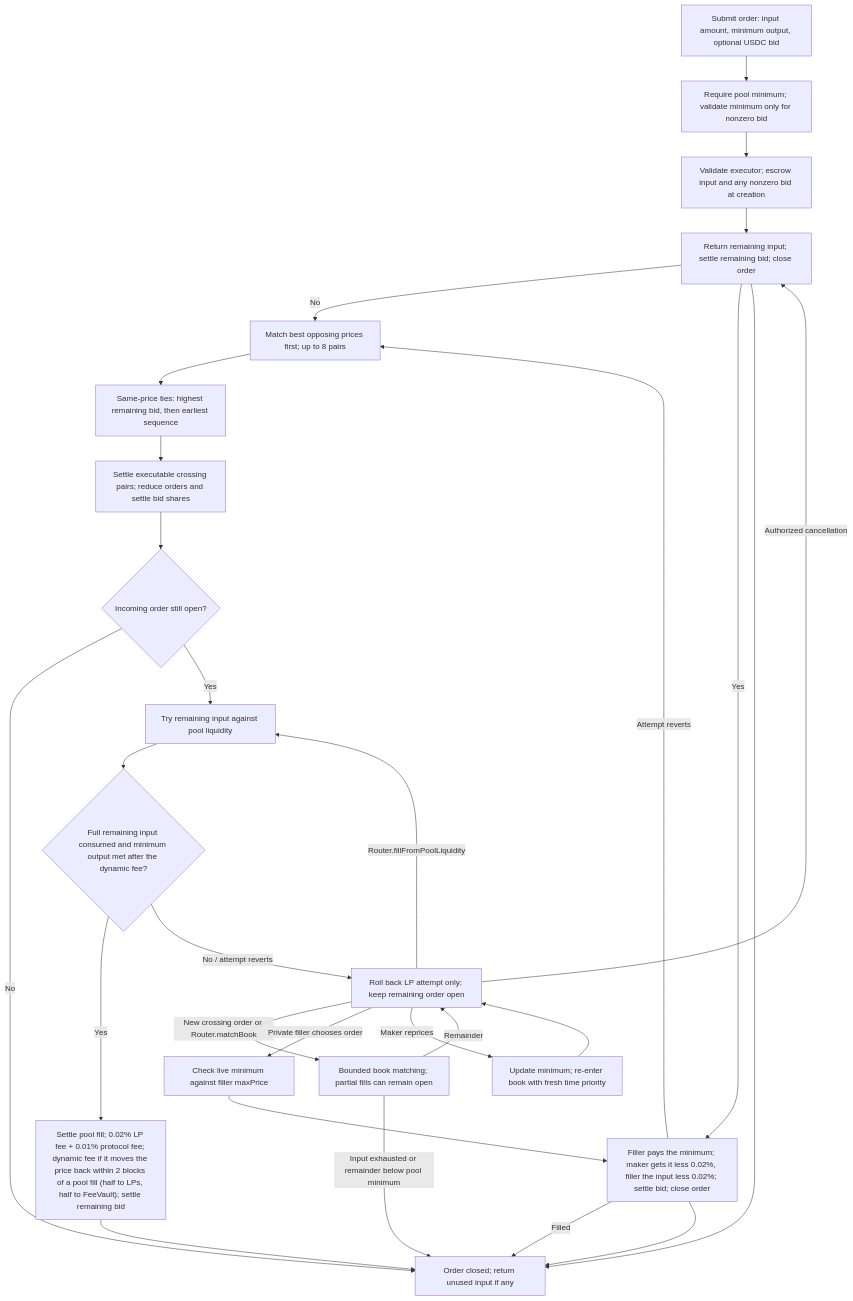
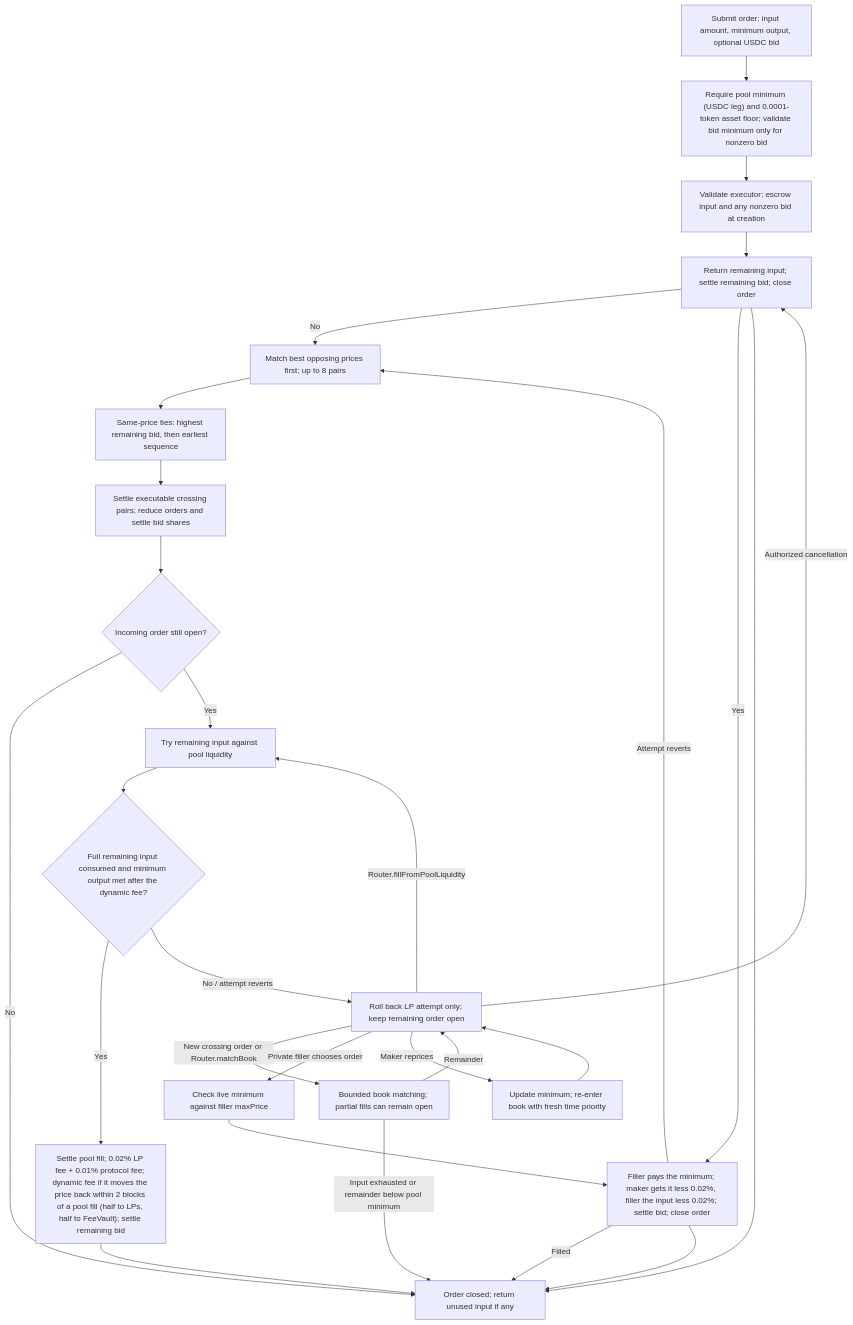
Before and after one commit to asyncswap/contracts: the first of 2 diagrams in docs/order-lifecycle.md, drawn with Mermaid. The commit also changed other lines of this file and 10 other files, not shown here.

````diff
--- a/docs/order-lifecycle.md
+++ b/docs/order-lifecycle.md
@@ -9,30 +9,30 @@
 ```mermaid
 flowchart TD
-    A["Submit order: input amount, minimum output, optional USDC bid"] --> D["Require pool minimum; validate minimum only for nonzero bid"]
+    A["Submit order: input amount, minimum output, optional USDC bid"] --> D["Require pool minimum (USDC leg) and 0.0001-token asset floor; validate bid minimum only for nonzero bid"]
     D --> E["Validate executor; escrow input and any nonzero bid at creation"]
     E --> R{"Pool spot price strictly better than the best opposing level?"}
     R -- "No" --> F["Match best opposing prices first; up to 8 pairs"]
     R -- "Yes" --> P["Try the order against pool liquidity first"]
     P -- "Filled" --> Z
     P -- "Attempt reverts" --> F
     F --> G["Same-price ties: highest remaining bid, then earliest sequence"]
     G --> H["Settle executable crossing pairs; reduce orders and settle bid shares"]
     H --> I{"Incoming order still open?"}
     I -- "No" --> Z["Order closed; return unused input if any"]
     I -- "Yes" --> J["Try remaining input against pool liquidity"]
     J --> K{"Full remaining input consumed and minimum output met after the dynamic fee?"}
     K -- "Yes" --> L["Settle pool fill; 0.02% LP fee + 0.01% protocol fee; dynamic fee if it moves the price back within 2 blocks of a pool fill (half to LPs, half to FeeVault); settle remaining bid"]
     L --> Z
     K -- "No / attempt reverts" --> M["Roll back LP attempt only; keep remaining order open"]
     M -- "New crossing order or Router.matchBook" --> N["Bounded book matching; partial fills can remain open"]
     N -- "Remainder" --> M
     N -- "Input exhausted or remainder below pool minimum" --> Z
     M -- "Router.fillFromPoolLiquidity" --> J
     M -- "Private filler chooses order" --> O["Check live minimum against filler maxPrice"]
     O --> P["Filler pays the minimum; maker gets it less 0.02%, filler the input less 0.02%; settle bid; close order"]
     P --> Z
     M -- "Maker reprices" --> Q["Update minimum; re-enter book with fresh time priority"]
     Q --> M
     M -- "Authorized cancellation" --> R["Return remaining input; settle remaining bid; close order"]
     R --> Z
 ```
````
